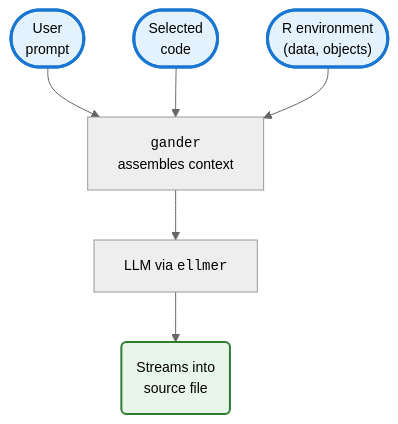
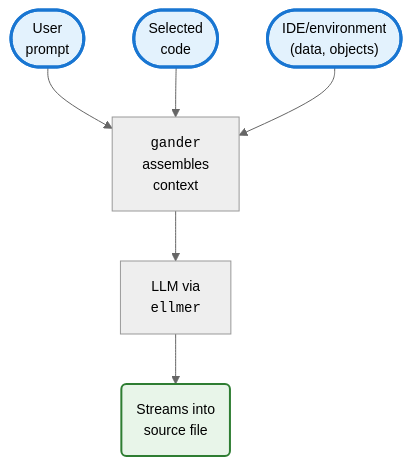
Before and after one commit to mjfrigaard/shiny-app-pkgs: the diagram in gander.qmd, drawn with Mermaid. The commit also changed other lines of this file and 10 other files, not shown here.

````diff
--- a/gander.qmd
+++ b/gander.qmd
@@ -247,21 +247,21 @@
 ```{mermaid}
 %%| fig-cap: 'gander development'
 %%| eval: true 
 %%| echo: false
 %%| fig-align: center
 %%{init: {'theme': 'neutral', 'themeVariables': { 'fontFamily': 'monospace', "fontSize":"14px"}}}%%
 
 flowchart TD
-    User(["User<br>prompt"]) --> Gander["<code>gander</code><br>assembles context"]
+    User(["User<br>prompt"]) --> Gander["<code>gander</code><br>assembles<br>context"]
     Selection(["Selected<br>code"]) --> Gander
-    EnvSnapshot(["R environment<br>(data, objects)"]) --> Gander
-    Gander --> LLM["LLM via <code>ellmer</code>"]
+    EnvSnapshot(["IDE/environment<br>(data, objects)"]) --> Gander
+    Gander --> LLM["LLM via<br><code>ellmer</code>"]
     LLM --> Insert("Streams into<br>source file")
     
     style User fill:#e3f2fd,stroke:#1976d2,stroke-width:3px,color:#000
     style Selection fill:#e3f2fd,stroke:#1976d2,stroke-width:3px,color:#000
     style EnvSnapshot fill:#e3f2fd,stroke:#1976d2,stroke-width:3px,color:#000
     
     style Insert fill:#e8f5e9,stroke:#2e7d32,stroke-width:2px,color:#000
     
 ```
````
